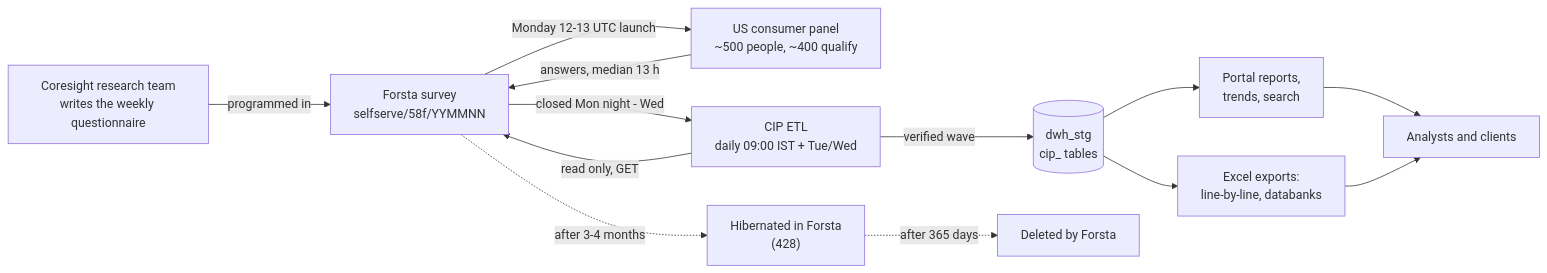
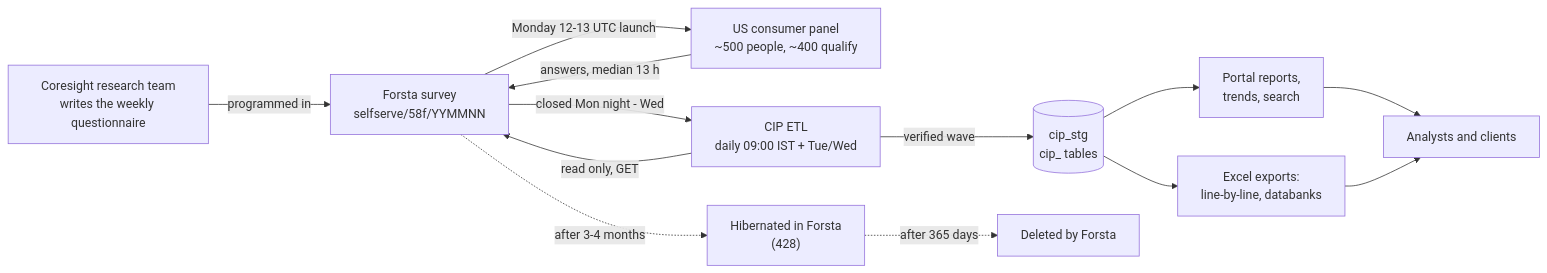
Before and after one commit to saeedafri/consumer-insight-portal: the diagram in docs/diagrams/01-business-process.mmd, drawn with Mermaid. The commit also changed 27 other files, not shown here.

First line of the commit message:
Refactor Consumer Insight Portal (CIP) schema from `dwh_stg` to `cip_stg`

```diff
--- a/docs/diagrams/01-business-process.mmd
+++ b/docs/diagrams/01-business-process.mmd
@@ -1,13 +1,13 @@
 graph LR
   A["Coresight research team<br/>writes the weekly questionnaire"] -->|"programmed in"| B["Forsta survey<br/>selfserve/58f/YYMMNN"]
   B -->|"Monday 12-13 UTC launch"| C["US consumer panel<br/>~500 people, ~400 qualify"]
   C -->|"answers, median 13 h"| B
   B -->|"closed Mon night - Wed"| D["CIP ETL<br/>daily 09:00 IST + Tue/Wed"]
   D -->|"read only, GET"| B
-  D -->|"verified wave"| E[("dwh_stg<br/>cip_ tables")]
+  D -->|"verified wave"| E[("cip_stg<br/>cip_ tables")]
   E --> F["Portal reports,<br/>trends, search"]
   E --> G["Excel exports:<br/>line-by-line, databanks"]
   F --> H["Analysts and clients"]
   G --> H
   B -.->|"after 3-4 months"| I["Hibernated in Forsta<br/>(428)"]
   I -.->|"after 365 days"| J["Deleted by Forsta"]
```
